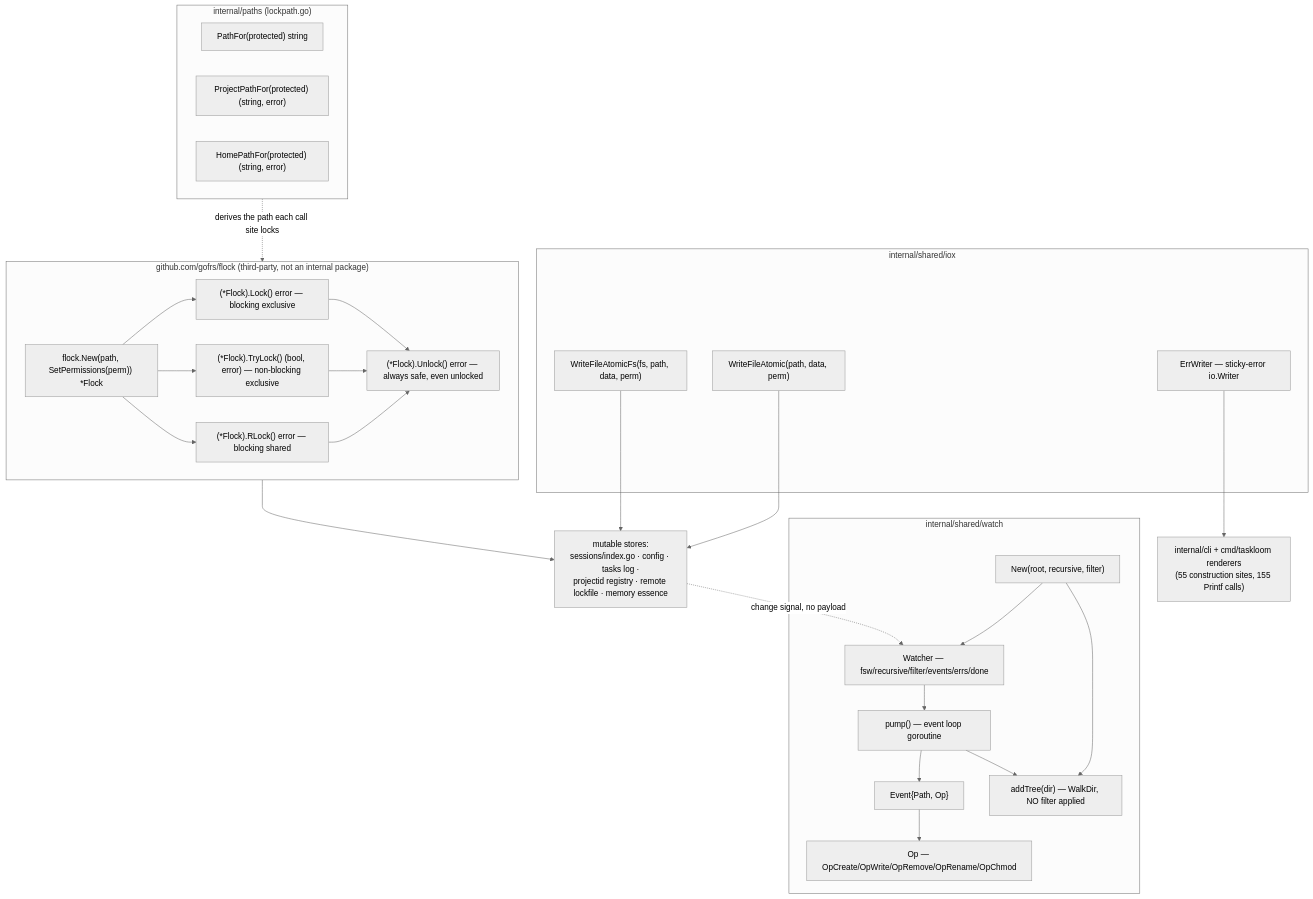
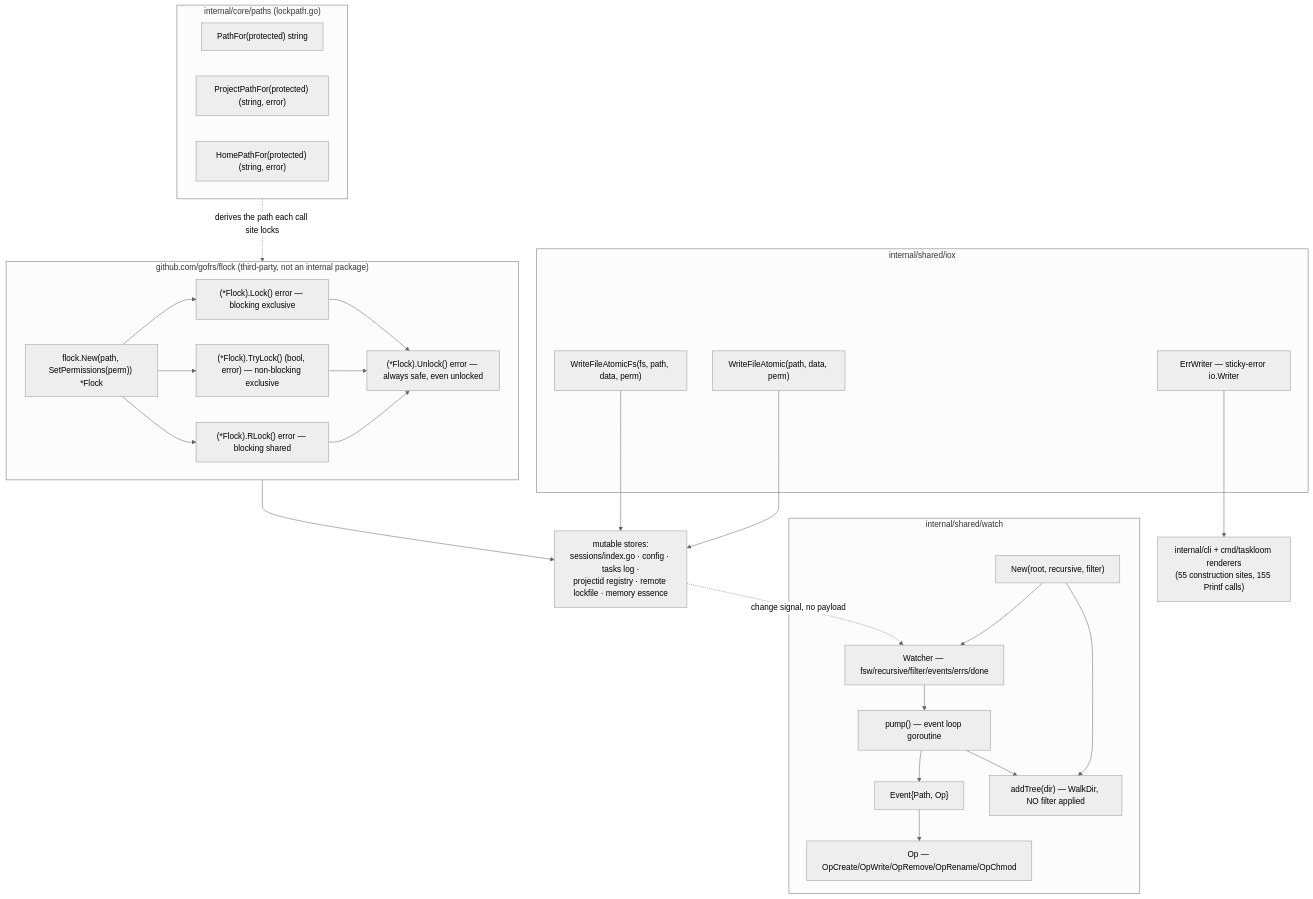
One commit to ctxloom/ctxloom changed the diagram in docs/architecture/shared/filesystem-io.md. Above: the diagram before and after it, drawn with Mermaid (neutral theme). The commit also changed other lines of this file and 1836 other files, not shown here.

First line of the commit message:
refactor(arch): move the core ring into internal/core

````diff
--- a/docs/architecture/shared/filesystem-io.md
+++ b/docs/architecture/shared/filesystem-io.md
@@ -9,44 +9,44 @@
 ```mermaid
 flowchart TD
   subgraph iox["internal/shared/iox"]
     WFA["WriteFileAtomic(path, data, perm)"]
     WFAF["WriteFileAtomicFs(fs, path, data, perm)"]
     EW["ErrWriter — sticky-error io.Writer"]
   end
 
   subgraph fl["github.com/gofrs/flock (third-party, not an internal package)"]
     FN["flock.New(path, SetPermissions(perm)) *Flock"]
     FL["(*Flock).Lock() error — blocking exclusive"]
     FT["(*Flock).TryLock() (bool, error) — non-blocking exclusive"]
     FR["(*Flock).RLock() error — blocking shared"]
     FU["(*Flock).Unlock() error — always safe, even unlocked"]
     FN --> FL & FT & FR
     FL & FT & FR --> FU
   end
-  subgraph pp["internal/paths (lockpath.go)"]
+  subgraph pp["internal/core/paths (lockpath.go)"]
     PF["PathFor(protected) string"]
     PPF["ProjectPathFor(protected) (string, error)"]
     HPF["HomePathFor(protected) (string, error)"]
   end
   pp -.->|"derives the path each call site locks"| fl
 
   subgraph wt["internal/shared/watch"]
     NEW["New(root, recursive, filter)"]
     W["Watcher — fsw/recursive/filter/events/errs/done"]
     EV["Event{Path, Op}"]
     OP["Op — OpCreate/OpWrite/OpRemove/OpRename/OpChmod"]
     AT["addTree(dir) — WalkDir, NO filter applied"]
     PUMP["pump() — event loop goroutine"]
     NEW --> W
     W --> PUMP --> EV --> OP
     NEW --> AT
     PUMP --> AT
   end
 
   stores["mutable stores:<br/>sessions/index.go · config · tasks log ·<br/>projectid registry · remote lockfile · memory essence"]
   fl --> stores
   WFA --> stores
   WFAF --> stores
   stores -.->|"change signal, no payload"| W
   EW --> cli["internal/cli + cmd/taskloom renderers<br/>(55 construction sites, 155 Printf calls)"]
 ```
````
